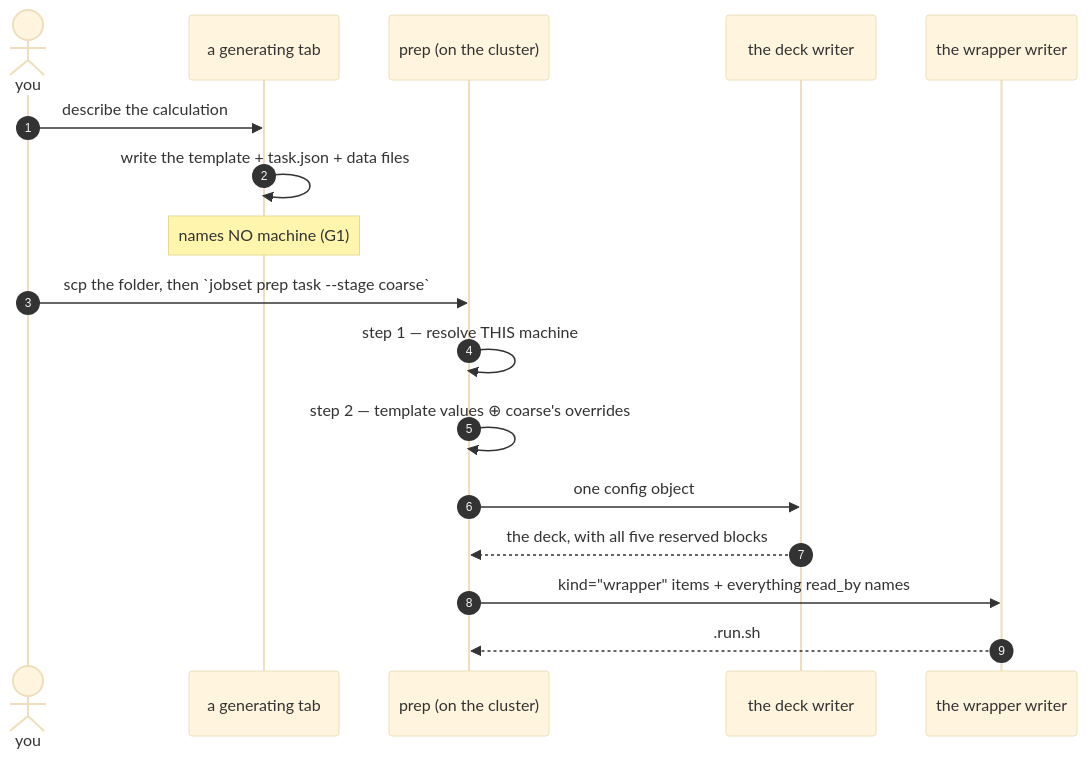
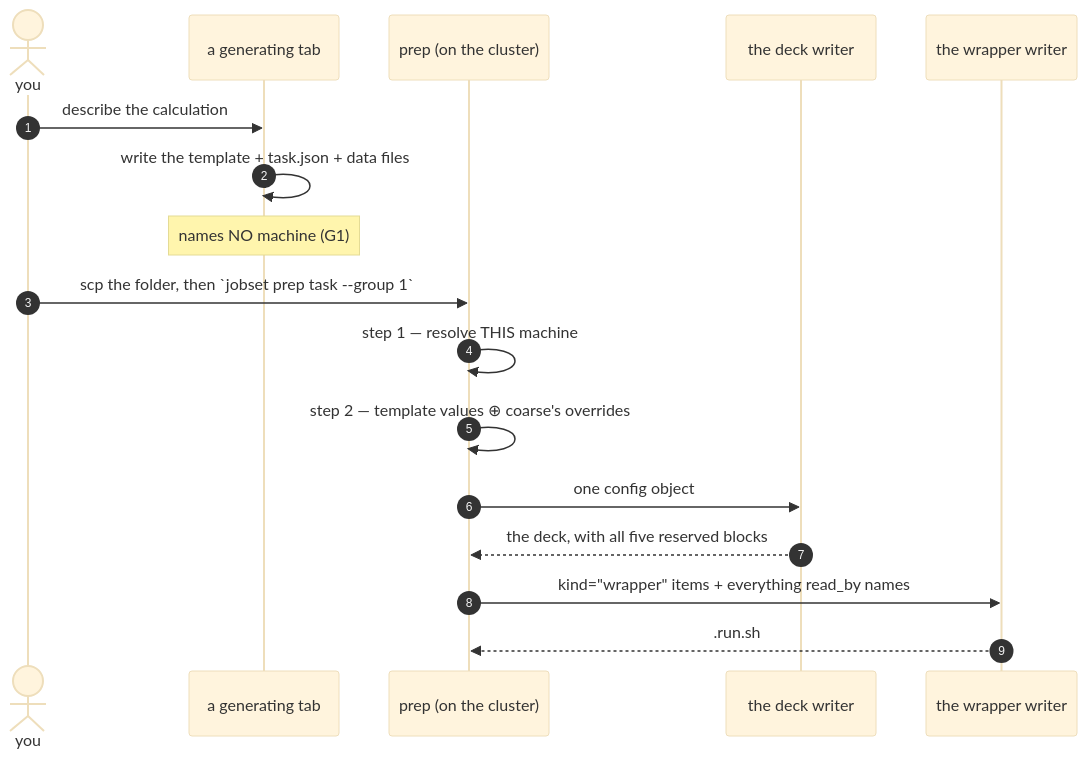
One commit to Qing-LAB/molbuilder changed the ninth of 9 diagrams in docs/engines/template.md. Above: the diagram before and after it, drawn with Mermaid (base theme). The commit also changed other lines of this file and 282 other files, not shown here.

````diff
--- a/docs/engines/template.md
+++ b/docs/engines/template.md
@@ -2816,20 +2817,20 @@
 ```mermaid
 sequenceDiagram
     autonumber
     actor U as you
     participant B as a generating tab
     participant P as prep (on the cluster)
     participant D as the deck writer
     participant W as the wrapper writer
 
     U->>B: describe the calculation
     B->>B: write the template + task.json + data files
     Note over B: names NO machine (G1)
-    U->>P: scp the folder, then `jobset prep task --stage coarse`
+    U->>P: scp the folder, then `jobset prep task --group 1`
     P->>P: step 1 — resolve THIS machine
     P->>P: step 2 — template values ⊕ coarse's overrides
     P->>D: one config object
     D-->>P: the deck, with all five reserved blocks
     P->>W: kind="wrapper" items + everything read_by names
     W-->>P: .run.sh
 ```
````
